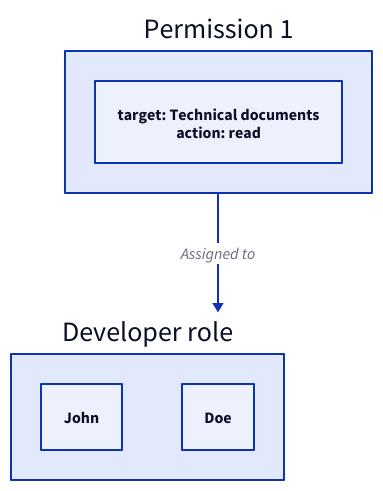
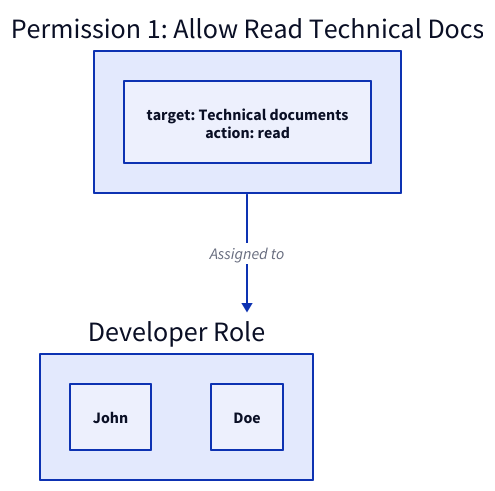
One commit to link1905/system-design-101 changed diagram 14 of 25 in content/docs/system-administration/system-protection/iam.md. Above: the diagram before and after it, drawn with D2. The commit also changed other lines of this file and 9 other files, not shown here.

````diff
--- a/content/docs/system-administration/system-protection/iam.md
+++ b/content/docs/system-administration/system-protection/iam.md
@@ -567,17 +559,17 @@
 ```d2
-r: Developer role {
+r: "Developer Role" {
   u1: "John" {
     class: client
   }
   u2: "Doe" {
     class: client
   }
 }
-p1: Permission 1 {
+p1: "Permission 1: Allow Read Technical Docs" {
   |||yaml
   target: Technical documents
   action: read
   |||
 }
-p1 -> r: Assigned to
+p1 -> r: "Assigned to"
 ```
````
